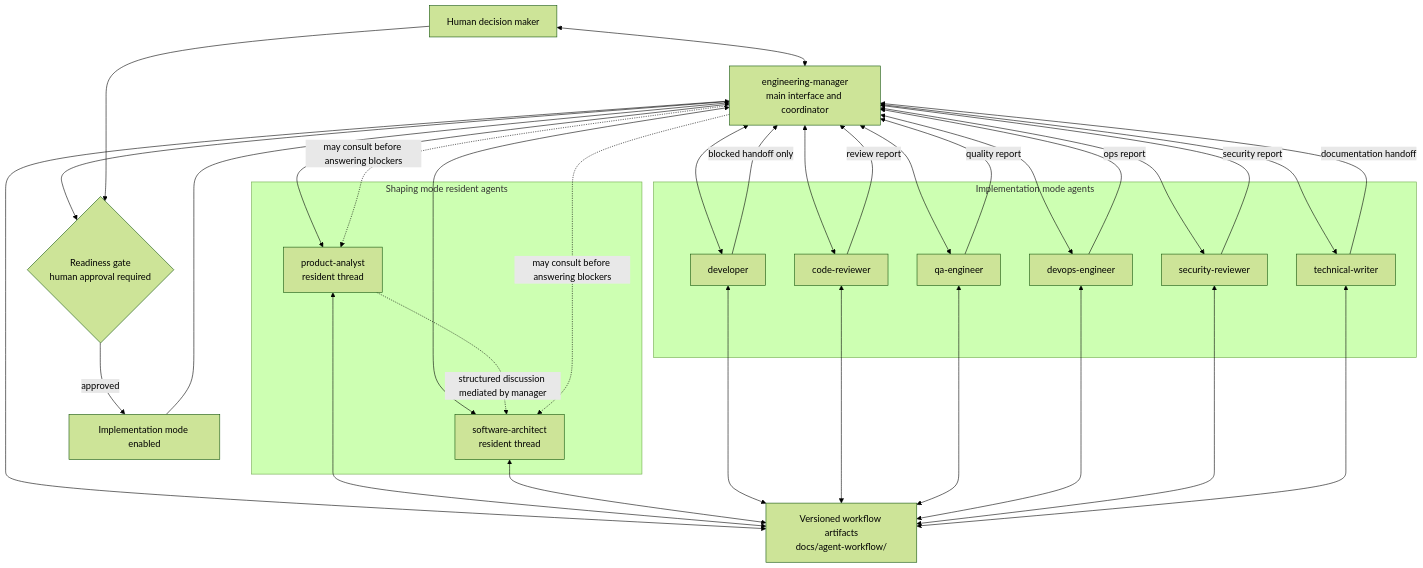
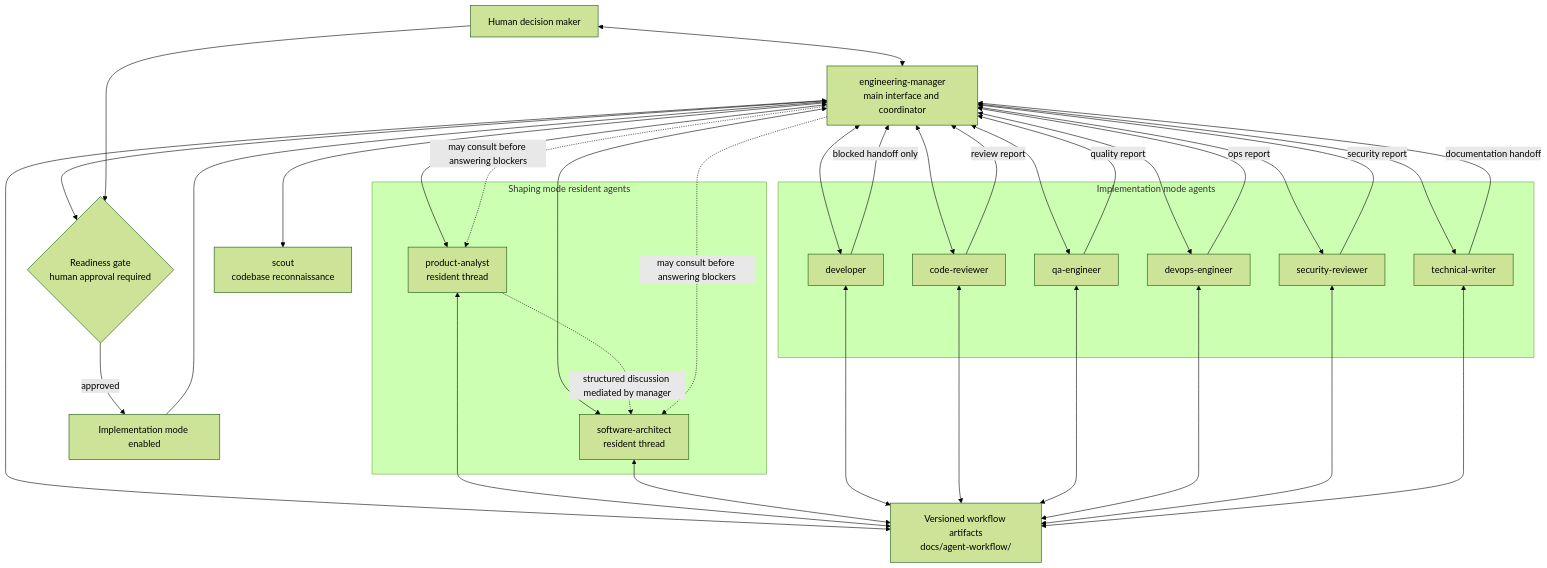
Before and after one commit to Micka33/coding-agents: the diagram in docs/development-agent-team-architecture.md, drawn with Mermaid (forest theme). The commit also changed other lines of this file and 9 other files, not shown here.

Commit message:
Add scout reconnaissance agent and CLI history restore

````diff
--- a/docs/development-agent-team-architecture.md
+++ b/docs/development-agent-team-architecture.md
@@ -59,59 +59,62 @@
 ```mermaid
 flowchart TB
     human["Human decision maker"]
     manager["engineering-manager<br/>main interface and coordinator"]
     artifacts["Versioned workflow artifacts<br/>docs/agent-workflow/"]
     gate{"Readiness gate<br/>human approval required"}
 
     human <--> manager
     manager <--> artifacts
     manager --> gate
     human --> gate
 
     subgraph shaping["Shaping mode resident agents"]
         product["product-analyst<br/>resident thread"]
         architect["software-architect<br/>resident thread"]
     end
 
     manager <--> product
     manager <--> architect
     product -. "structured discussion mediated by manager" .-> architect
     product <--> artifacts
     architect <--> artifacts
+
+    scout["scout<br/>codebase reconnaissance"]
+    manager <--> scout
 
     gate -->|approved| implementation["Implementation mode enabled"]
 
     subgraph implementation_agents["Implementation mode agents"]
         developer["developer"]
         reviewer["code-reviewer"]
         qa["qa-engineer"]
         devops["devops-engineer"]
         security["security-reviewer"]
         writer["technical-writer"]
     end
 
     implementation --> manager
     manager <--> developer
     manager <--> reviewer
     manager <--> qa
     manager <--> devops
     manager <--> security
     manager <--> writer
 
     developer -->|blocked handoff only| manager
     reviewer -->|review report| manager
     qa -->|quality report| manager
     devops -->|ops report| manager
     security -->|security report| manager
     writer -->|documentation handoff| manager
 
     developer <--> artifacts
     reviewer <--> artifacts
     qa <--> artifacts
     devops <--> artifacts
     security <--> artifacts
     writer <--> artifacts
 
     manager -. "may consult before answering blockers" .-> product
     manager -. "may consult before answering blockers" .-> architect
 ```
````
